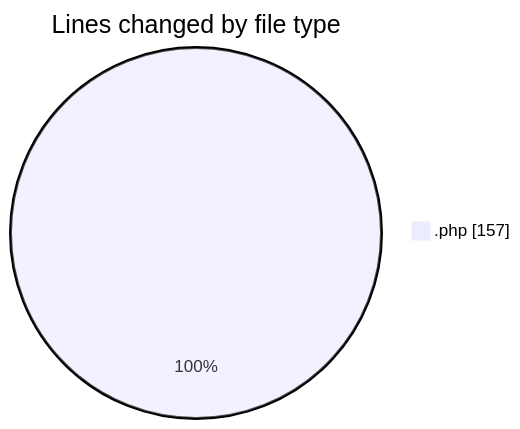
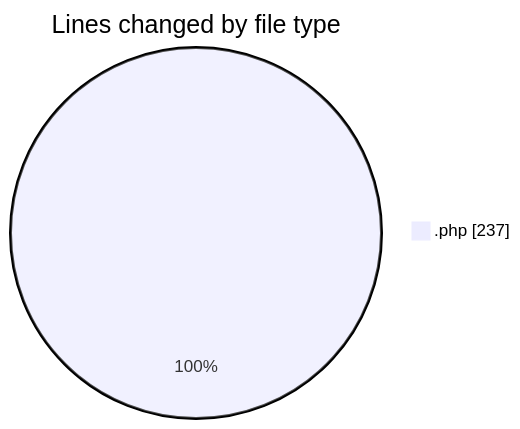
One commit to LanceThiago/code-tracking changed the first of 2 diagrams in 2025-01-24/web/README.md. Above: the diagram before and after it, drawn with Mermaid. The commit also changed other lines of this file and 1 other file, not shown here.

````diff
--- a/2025-01-24/web/README.md
+++ b/2025-01-24/web/README.md
@@ -20,5 +20,5 @@
 ```mermaid
 pie showData
 title Lines changed by file type
-".php" : 157
+".php" : 237
 ```
````
